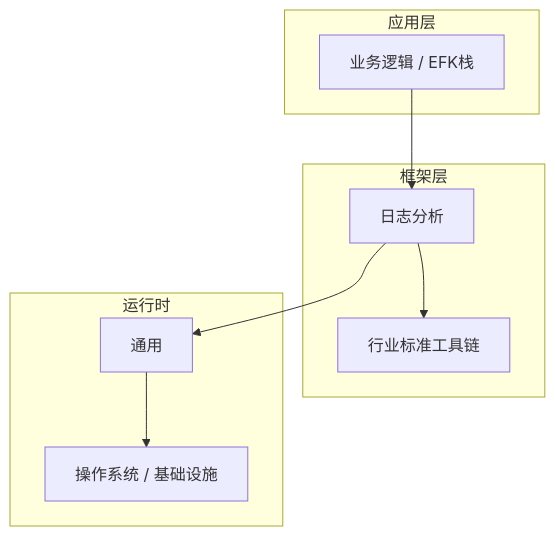
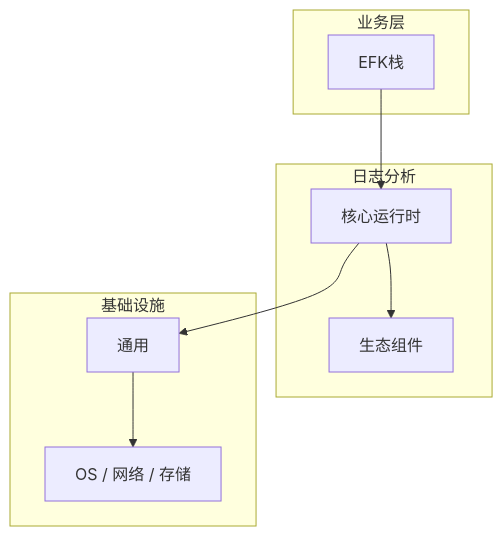
One commit to yanggan2015/knowledge-json-v2 changed the diagram in articles/日志分析/chapters/036-EFK栈核心概念与原理.md. Above: the diagram before and after it, drawn with Mermaid. The commit also changed other lines of this file and 10127 other files, not shown here.

````diff
--- a/articles/日志分析/chapters/036-EFK栈核心概念与原理.md
+++ b/articles/日志分析/chapters/036-EFK栈核心概念与原理.md
@@ -45,18 +34,18 @@
 ```mermaid
 graph TB
-    subgraph 应用层
-        A[业务逻辑 / EFK栈]
+    subgraph 业务层
+        A[EFK栈]
     end
-    subgraph 框架层
-        B[日志分析]
-        C[行业标准工具链]
+    subgraph 日志分析
+        B[核心运行时]
+        C[生态组件]
     end
-    subgraph 运行时
+    subgraph 基础设施
         D[通用]
-        E[操作系统 / 基础设施]
+        E[OS / 网络 / 存储]
     end
     A --> B
     B --> C
     B --> D
     D --> E
 ```
````
